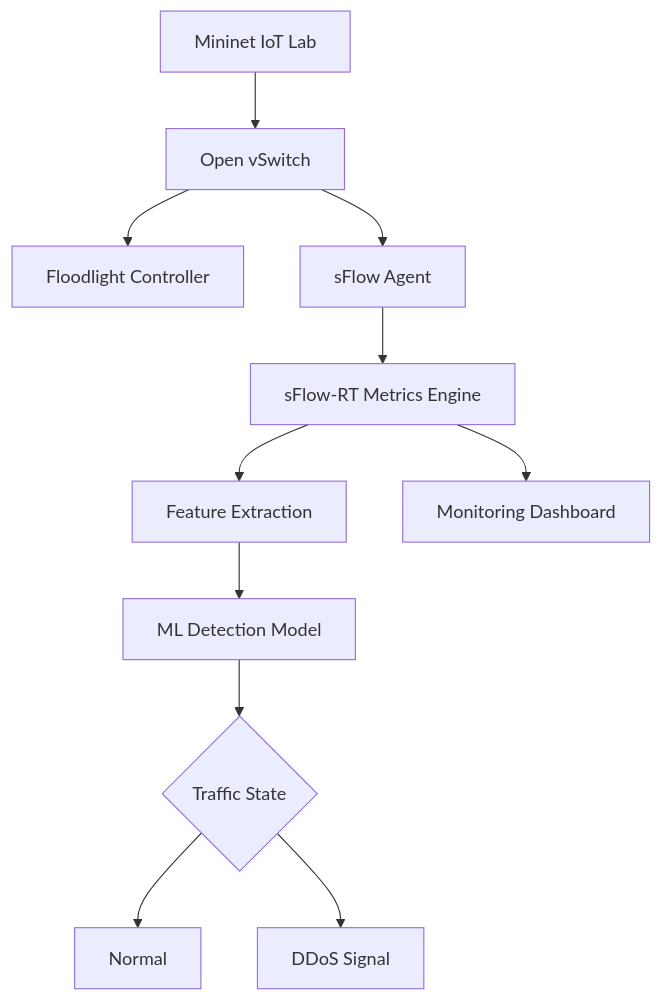
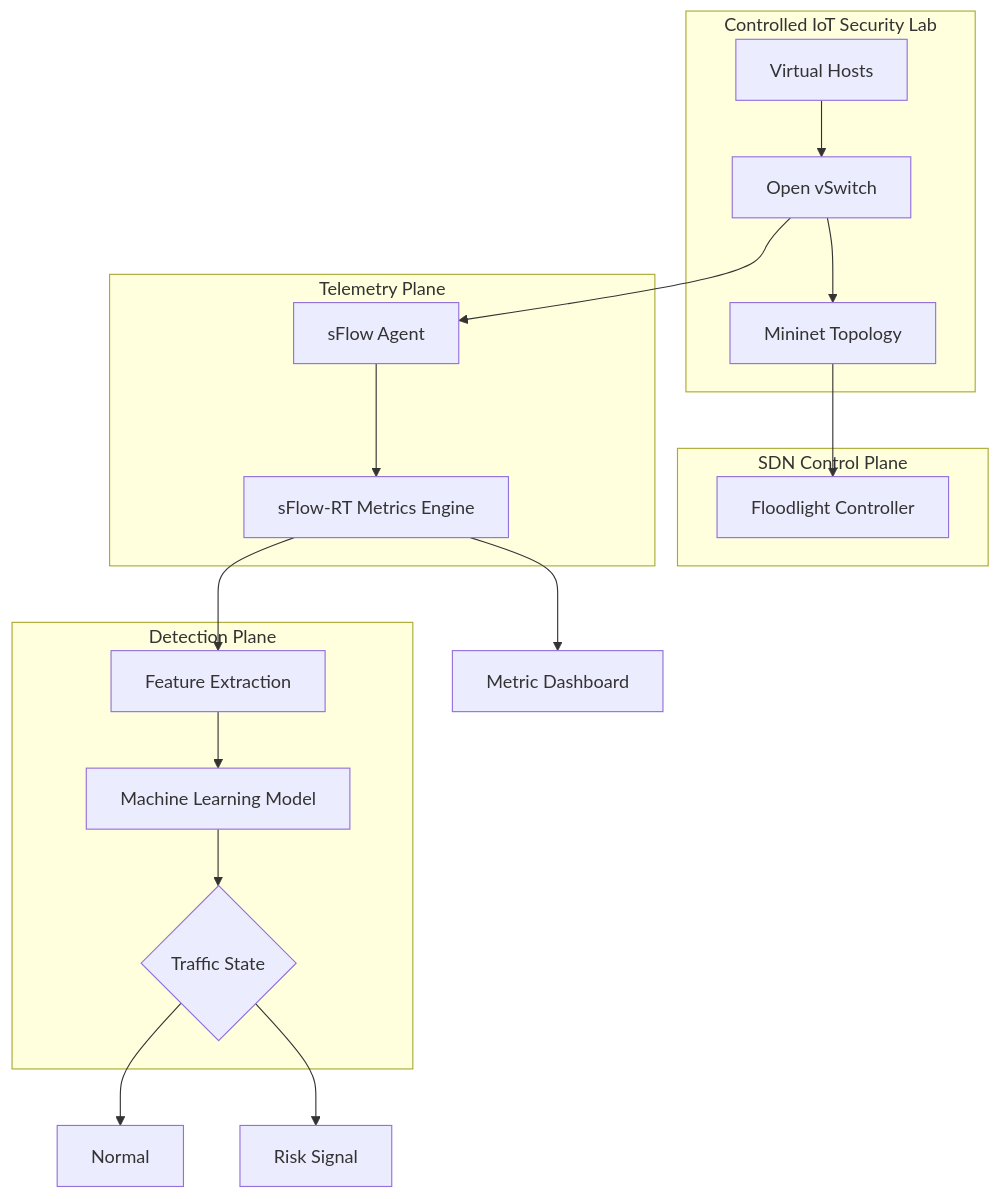
The first of 4 diagrams in README.md (ns7523/DDoS-attack-in-IoT-Real-Time), drawn with Mermaid before and after one commit. The commit also changed other lines of this file, not shown here.

Commit message:
Refine repo 2 README with premium Apple-style graphics and UI

````diff
--- a/README.md
+++ b/README.md
@@ -127,13 +110,26 @@
 ```mermaid
 flowchart TD
-    A[Mininet IoT Lab] --> B[Open vSwitch]
-    B --> C[Floodlight Controller]
-    B --> D[sFlow Agent]
-    D --> E[sFlow-RT Metrics Engine]
-    E --> F[Feature Extraction]
-    F --> G[ML Detection Model]
-    G --> H{Traffic State}
-    H --> I[Normal]
-    H --> J[DDoS Signal]
-    E --> K[Monitoring Dashboard]
+    subgraph Lab[Controlled IoT Security Lab]
+        A[Virtual Hosts] --> B[Open vSwitch]
+        B --> C[Mininet Topology]
+    end
+
+    subgraph Control[SDN Control Plane]
+        C --> D[Floodlight Controller]
+    end
+
+    subgraph Telemetry[Telemetry Plane]
+        B --> E[sFlow Agent]
+        E --> F[sFlow-RT Metrics Engine]
+    end
+
+    subgraph Intelligence[Detection Plane]
+        F --> G[Feature Extraction]
+        G --> H[Machine Learning Model]
+        H --> I{Traffic State}
+    end
+
+    I --> J[Normal]
+    I --> K[Risk Signal]
+    F --> L[Metric Dashboard]
 ```
````
